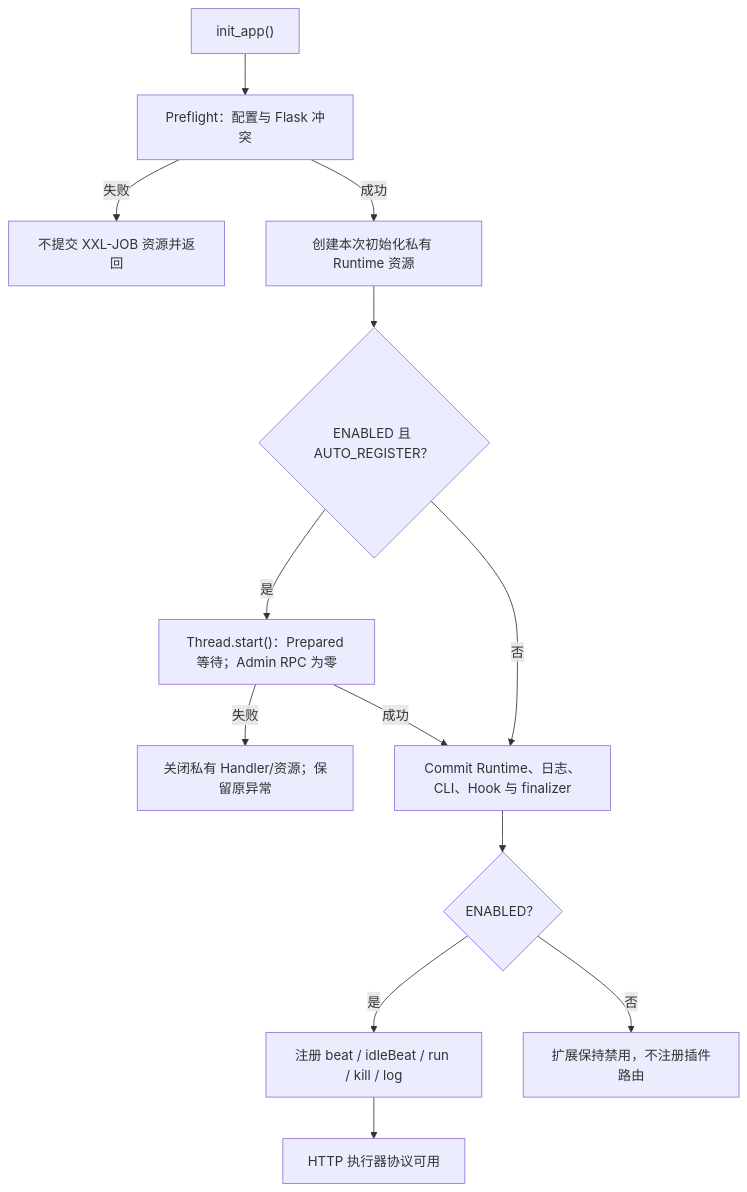
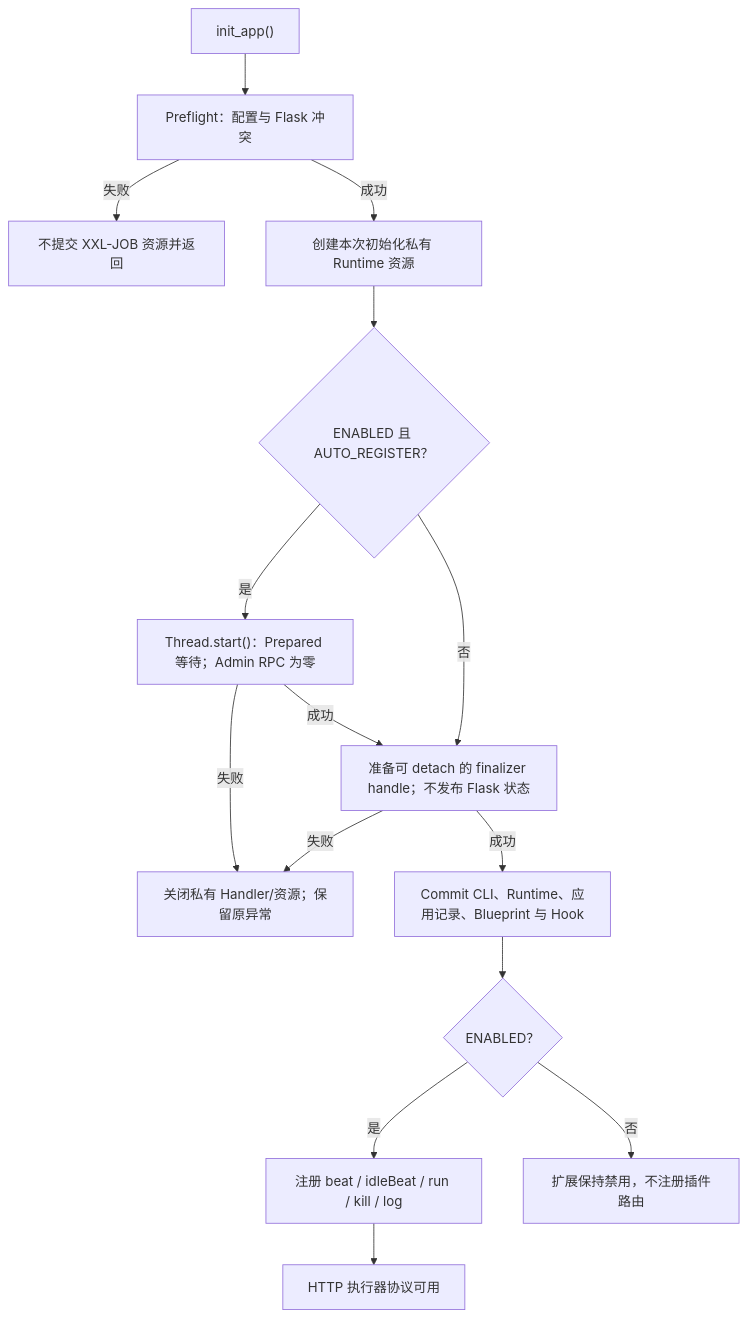
The first of 4 diagrams in docs/deployment.zh-CN.md (pumpkin-nbc/Flask-XXLJob), drawn with Mermaid before and after one commit. The commit also changed other lines of this file and 13 other files, not shown here.

````diff
--- a/docs/deployment.zh-CN.md
+++ b/docs/deployment.zh-CN.md
@@ -10,15 +10,17 @@
 ```mermaid
 flowchart TD
     A["init_app()"] --> B["Preflight：配置与 Flask 冲突"]
     B -->|"失败"| C["不提交 XXL-JOB 资源并返回"]
     B -->|"成功"| P["创建本次初始化私有 Runtime 资源"]
     P --> Q{"ENABLED 且 AUTO_REGISTER？"}
     Q -->|"是"| R["Thread.start()：Prepared 等待；Admin RPC 为零"]
     R -->|"失败"| S["关闭私有 Handler/资源；保留原异常"]
-    R -->|"成功"| D["Commit Runtime、日志、CLI、Hook 与 finalizer"]
-    Q -->|"否"| D
+    R -->|"成功"| T["准备可 detach 的 finalizer handle；不发布 Flask 状态"]
+    Q -->|"否"| T
+    T -->|"失败"| S
+    T -->|"成功"| D["Commit CLI、Runtime、应用记录、Blueprint 与 Hook"]
     D --> E{"ENABLED？"}
     E -->|"是"| F["注册 beat / idleBeat / run / kill / log"]
     F --> G["HTTP 执行器协议可用"]
     E -->|"否"| H["扩展保持禁用，不注册插件路由"]
 ```
````
